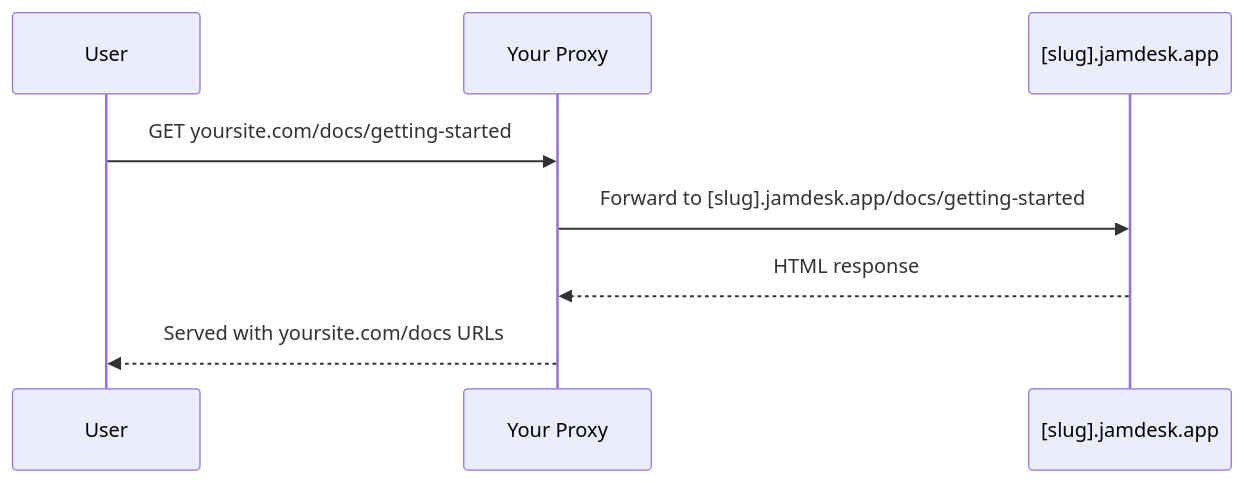
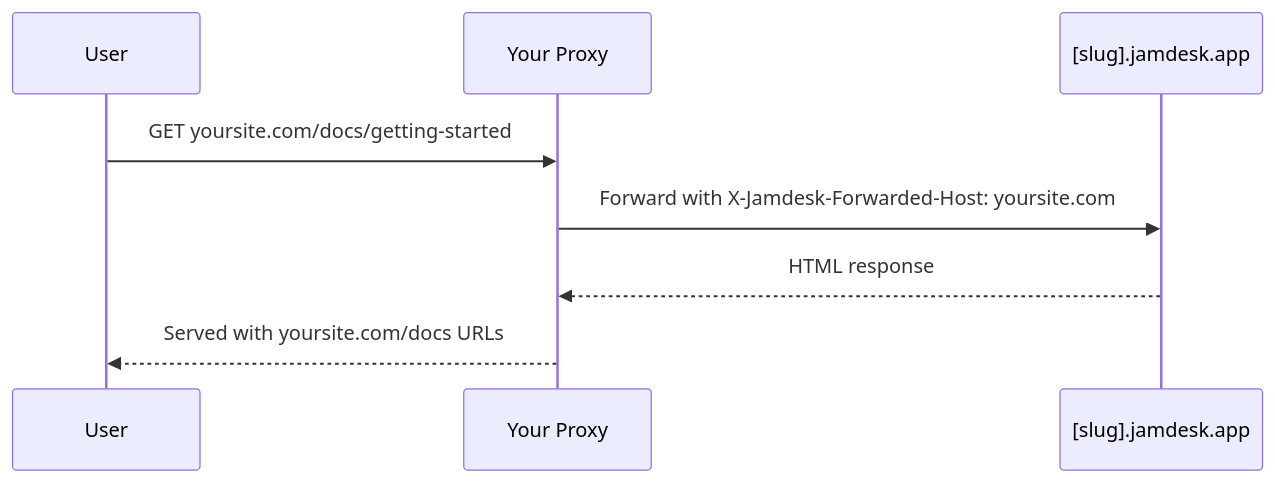
Before and after one commit to jamdesk/jamdesk-docs: the diagram in deploy/overview.mdx, drawn with Mermaid. The commit also changed other lines of this file and 3 other files, not shown here.

First line of the commit message:
docs: explain forwarded host mechanism and one-time setup

````diff
--- a/deploy/overview.mdx
+++ b/deploy/overview.mdx
@@ -20,11 +20,11 @@
 ```mermaid
 sequenceDiagram
     participant User
     participant Proxy as Your Proxy
     participant Jamdesk as [slug].jamdesk.app
 
     User->>Proxy: GET yoursite.com/docs/getting-started
-    Proxy->>Jamdesk: Forward to [slug].jamdesk.app/docs/getting-started
+    Proxy->>Jamdesk: Forward with X-Jamdesk-Forwarded-Host: yoursite.com
     Jamdesk-->>Proxy: HTML response
     Proxy-->>User: Served with yoursite.com/docs URLs
 ```
````
